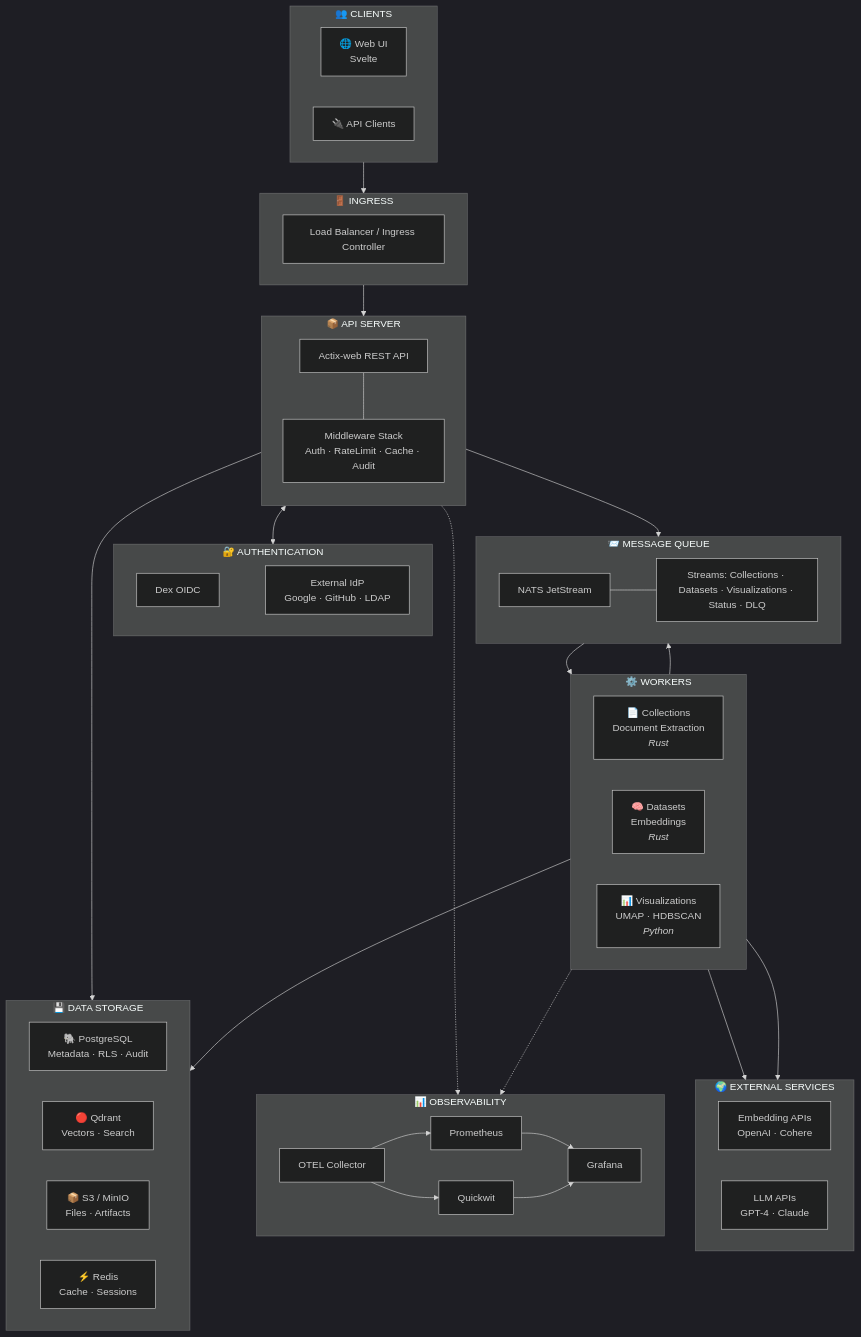
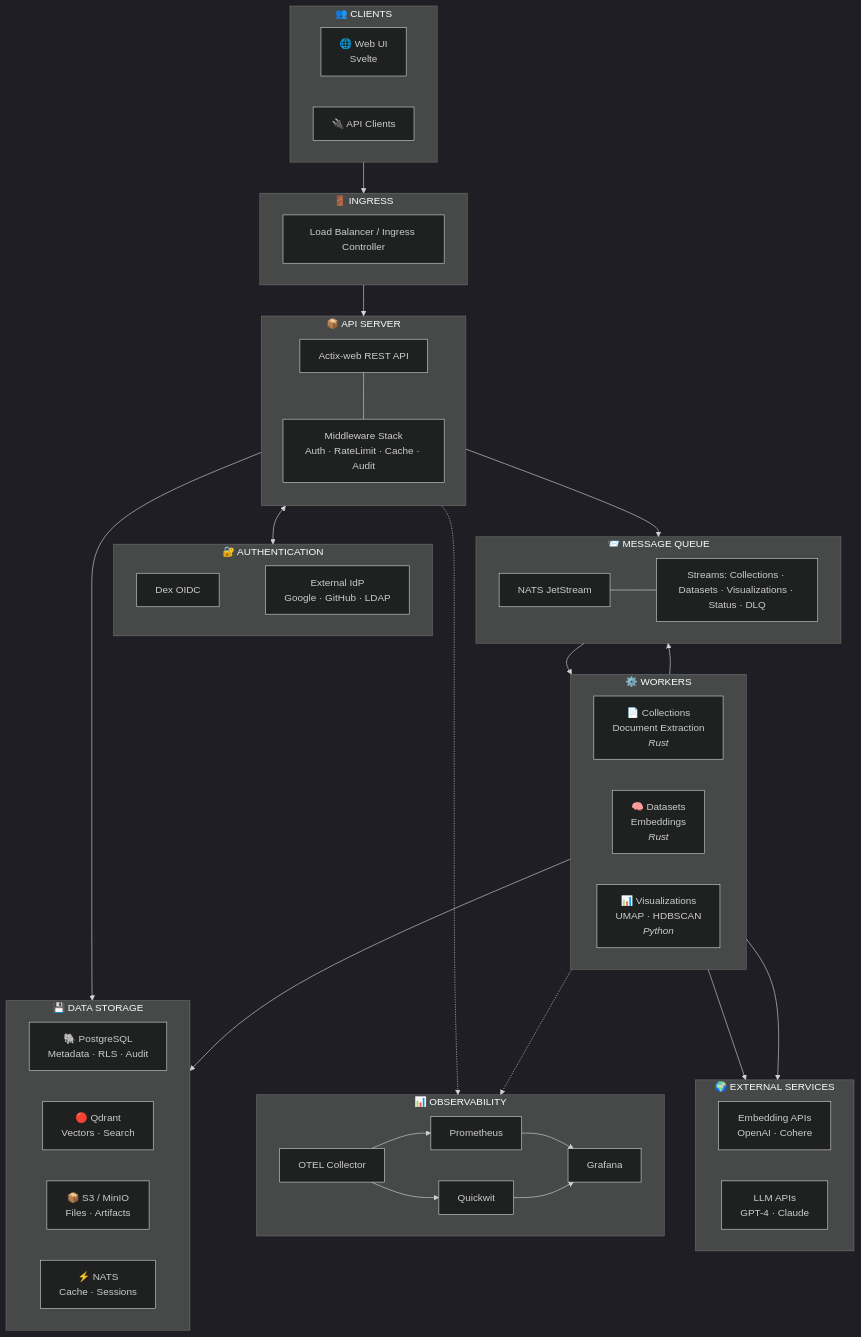
One commit to FishySoftware/semantic-explorer changed the second of 3 diagrams in README.md. Above: the diagram before and after it, drawn with Mermaid (dark theme). The commit also changed other lines of this file and 55 other files, not shown here.

````diff
--- a/README.md
+++ b/README.md
@@ -92,82 +90,82 @@
 ```mermaid
 flowchart TB
     subgraph clients ["👥 CLIENTS"]
         direction LR
         web["🌐 Web UI<br/>Svelte"]
         ext["🔌 API Clients"]
     end
 
     subgraph ingress ["🚪 INGRESS"]
         ing["Load Balancer / Ingress Controller"]
     end
 
     subgraph auth ["🔐 AUTHENTICATION"]
         direction LR
         dex["Dex OIDC"]
         oidc["External IdP<br/>Google · GitHub · LDAP"]
     end
 
     subgraph api ["📦 API SERVER"]
         direction TB
         server["Actix-web REST API"]
         mw["Middleware Stack<br/>Auth · RateLimit · Cache · Audit"]
         server --- mw
     end
 
     subgraph workers ["⚙️ WORKERS"]
         direction LR
         wc["📄 Collections<br/>Document Extraction<br/><i>Rust</i>"]
         wd["🧠 Datasets<br/>Embeddings<br/><i>Rust</i>"]
         wv["📊 Visualizations<br/>UMAP · HDBSCAN<br/><i>Python</i>"]
     end
 
     subgraph queue ["📨 MESSAGE QUEUE"]
         nats["NATS JetStream"]
         streams["Streams: Collections · Datasets · Visualizations · Status · DLQ"]
         nats --- streams
     end
 
     subgraph storage ["💾 DATA STORAGE"]
         direction LR
         pg["🐘 PostgreSQL<br/>Metadata · RLS · Audit"]
         qd["🔴 Qdrant<br/>Vectors · Search"]
         s3["📦 S3 / MinIO<br/>Files · Artifacts"]
-        rd["⚡ Redis<br/>Cache · Sessions"]
+        rd["⚡ NATS<br/>Cache · Sessions"]
     end
 
     subgraph external ["🌍 EXTERNAL SERVICES"]
         direction LR
         emb["Embedding APIs<br/>OpenAI · Cohere"]
         llm["LLM APIs<br/>GPT-4 · Claude"]
     end
 
     subgraph observability ["📊 OBSERVABILITY"]
         direction LR
         otel["OTEL Collector"]
         prom["Prometheus"]
         qw["Quickwit"]
         graf["Grafana"]
     end
 
     %% Main flows
     clients --> ingress --> api
     api <--> auth
     auth <--> oidc
     api --> queue
     queue --> workers
     workers --> queue
 
     %% Storage connections
     api --> storage
     workers --> storage
 
     %% External API calls
     wd --> emb
     wv --> llm
 
     %% Observability (dashed)
     api -.-> otel
     workers -.-> otel
     otel --> prom & qw
     prom & qw --> graf
 ```
````
